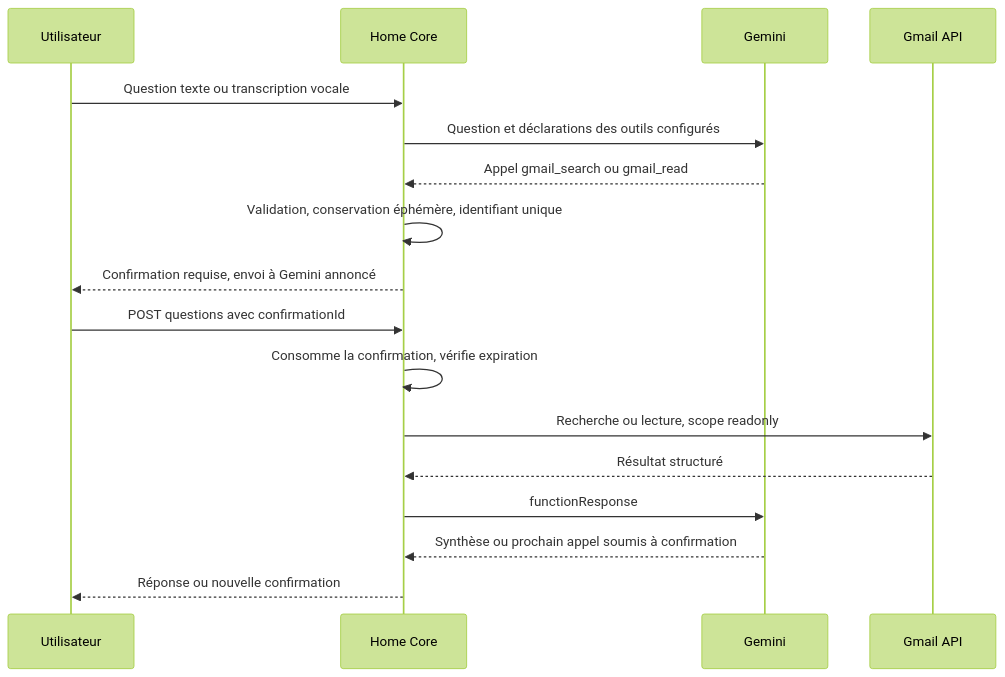
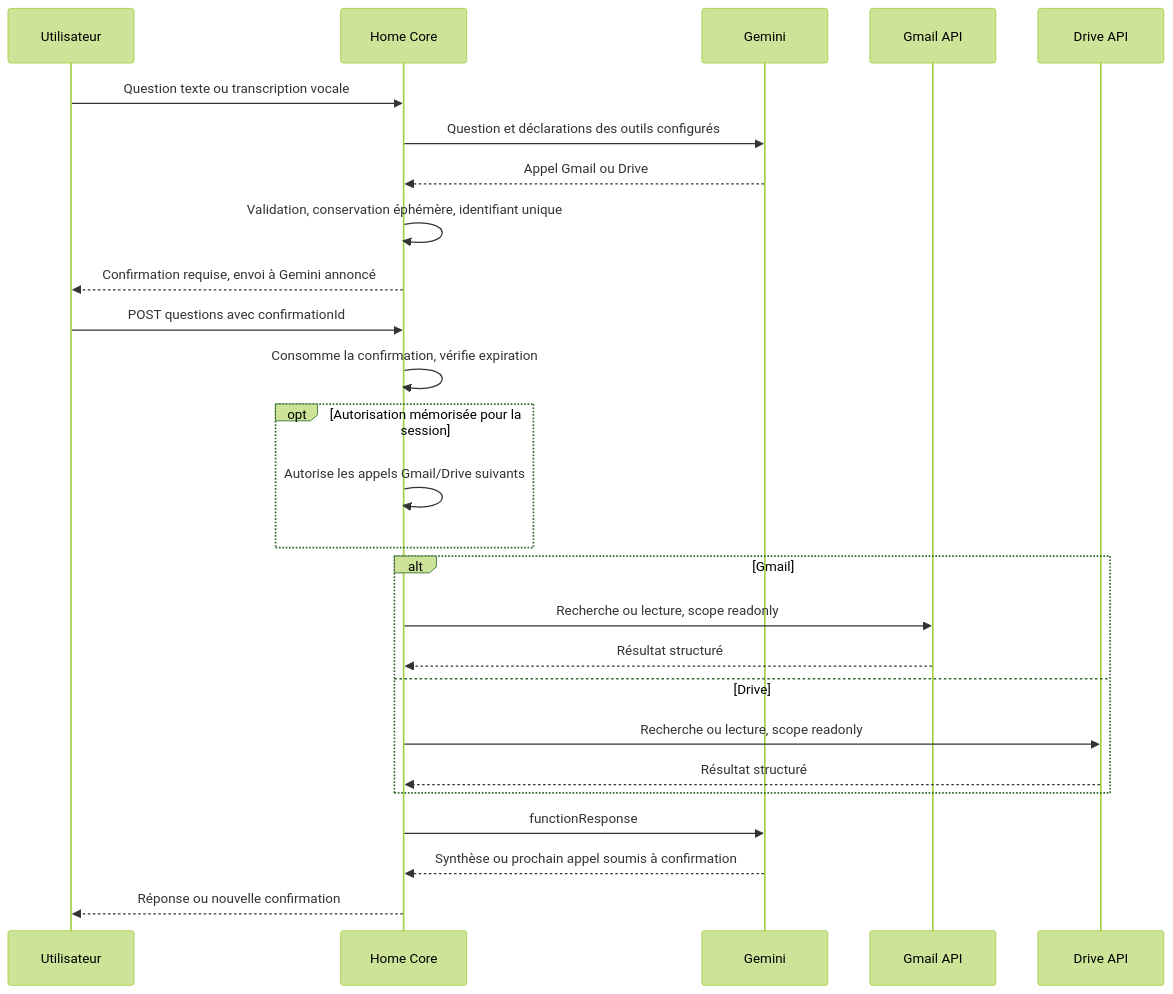
Before and after one commit to clementortiz134595/HOME-AI: the diagram in poles/technique/home-core/diagrammes/sequence-gmail-voice.mmd, drawn with Mermaid (forest theme). The commit also changed 9 other files, not shown here.

Commit message:
feat(workspace): horizontalise le flux Gmail et Drive

```diff
--- a/poles/technique/home-core/diagrammes/sequence-gmail-voice.mmd
+++ b/poles/technique/home-core/diagrammes/sequence-gmail-voice.mmd
@@ -1,17 +1,26 @@
 sequenceDiagram
     participant U as Utilisateur
     participant C as Home Core
     participant AI as Gemini
     participant G as Gmail API
+    participant D as Drive API
     U->>C: Question texte ou transcription vocale
     C->>AI: Question et déclarations des outils configurés
-    AI-->>C: Appel gmail_search ou gmail_read
+    AI-->>C: Appel Gmail ou Drive
     C->>C: Validation, conservation éphémère, identifiant unique
     C-->>U: Confirmation requise, envoi à Gemini annoncé
     U->>C: POST questions avec confirmationId
     C->>C: Consomme la confirmation, vérifie expiration
-    C->>G: Recherche ou lecture, scope readonly
-    G-->>C: Résultat structuré
+    opt Autorisation mémorisée pour la session
+        C->>C: Autorise les appels Gmail/Drive suivants
+    end
+    alt Gmail
+        C->>G: Recherche ou lecture, scope readonly
+        G-->>C: Résultat structuré
+    else Drive
+        C->>D: Recherche ou lecture, scope readonly
+        D-->>C: Résultat structuré
+    end
     C->>AI: functionResponse
     AI-->>C: Synthèse ou prochain appel soumis à confirmation
     C-->>U: Réponse ou nouvelle confirmation
```
